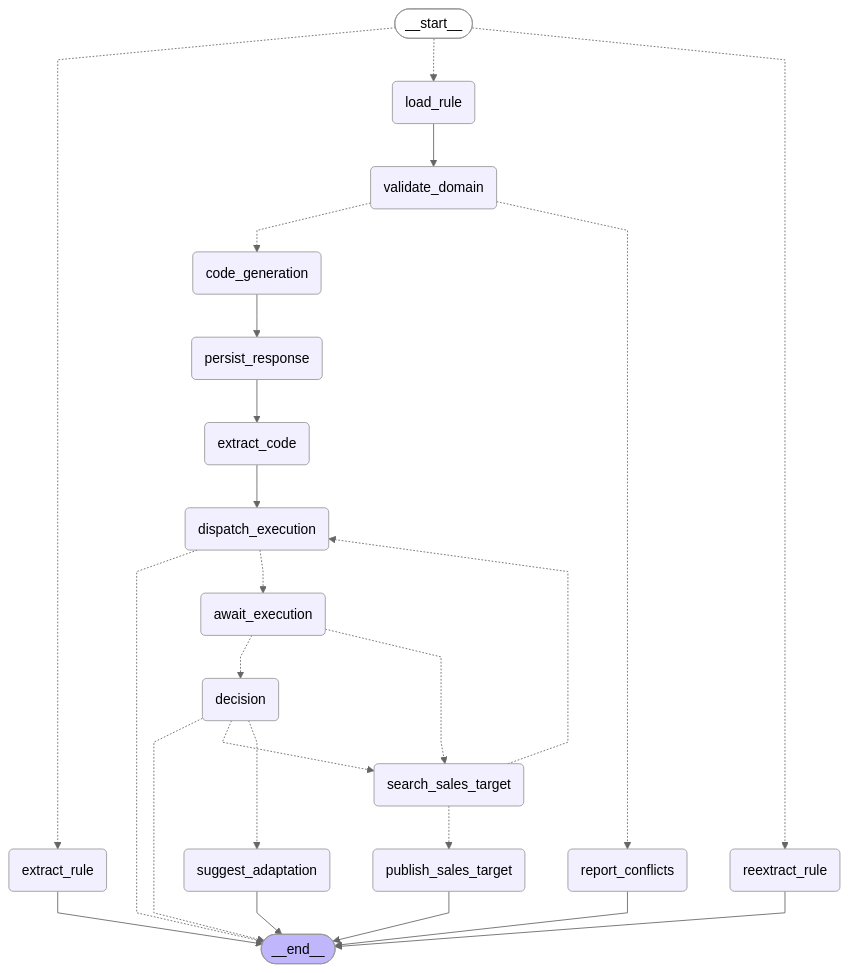
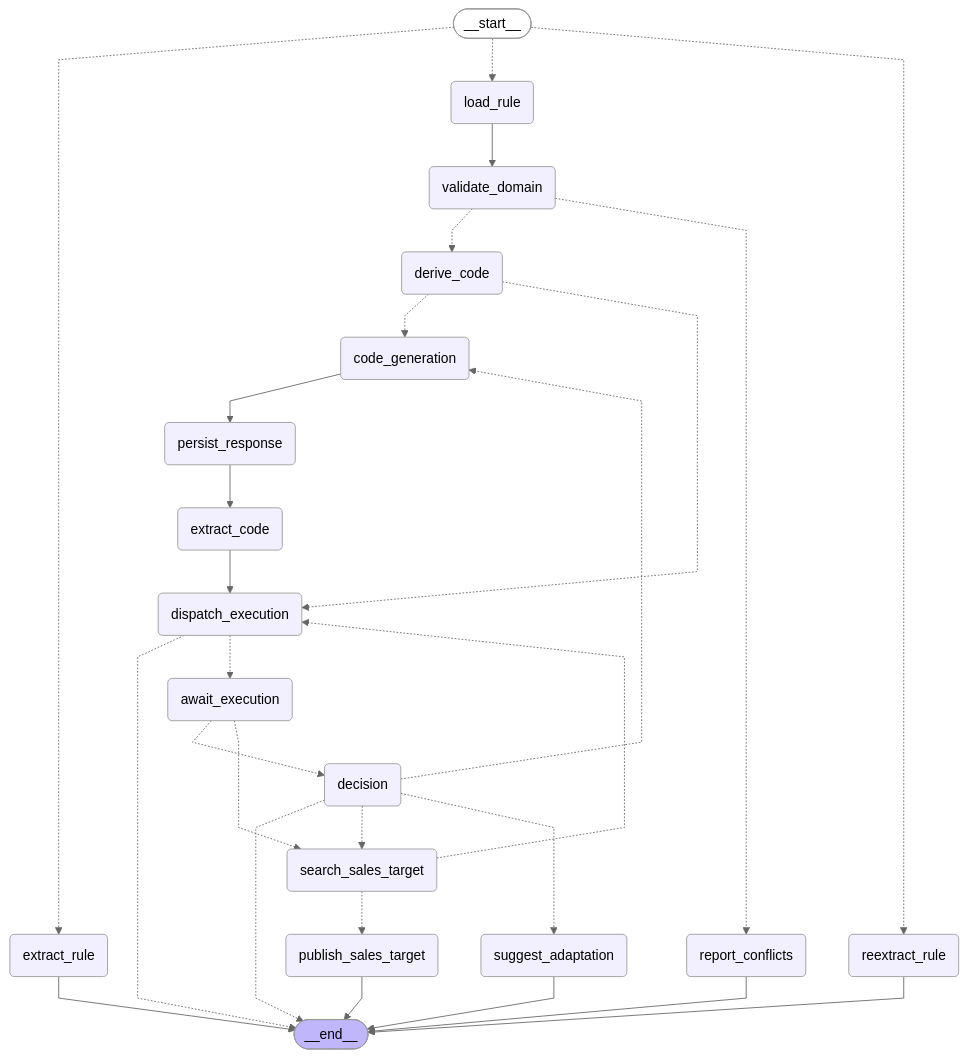
Before and after one commit to Titus-System/synapse: the diagram in codegen/docs/graph.md, drawn with Mermaid (neutral theme). The commit also changed 100 other files, not shown here.

````diff
--- a/codegen/docs/graph.md
+++ b/codegen/docs/graph.md
@@ -5,50 +5,54 @@
 ```mermaid
 ---
 config:
   flowchart:
     curve: linear
 ---
 graph TD;
 	__start__([<p>__start__</p>]):::first
 	load_rule(load_rule)
 	extract_rule(extract_rule)
 	reextract_rule(reextract_rule)
 	validate_domain(validate_domain)
 	report_conflicts(report_conflicts)
+	derive_code(derive_code)
 	code_generation(code_generation)
 	persist_response(persist_response)
 	extract_code(extract_code)
 	dispatch_execution(dispatch_execution)
 	await_execution(await_execution)
 	decision(decision)
 	suggest_adaptation(suggest_adaptation)
 	search_sales_target(search_sales_target)
 	publish_sales_target(publish_sales_target)
 	__end__([<p>__end__</p>]):::last
 	__start__ -.-> extract_rule;
 	__start__ -.-> load_rule;
 	__start__ -.-> reextract_rule;
 	await_execution -.-> decision;
 	await_execution -.-> search_sales_target;
 	code_generation --> persist_response;
 	decision -.-> __end__;
+	decision -.-> code_generation;
 	decision -.-> search_sales_target;
 	decision -.-> suggest_adaptation;
+	derive_code -.-> code_generation;
+	derive_code -.-> dispatch_execution;
 	dispatch_execution -.-> __end__;
 	dispatch_execution -.-> await_execution;
 	extract_code --> dispatch_execution;
 	load_rule --> validate_domain;
 	persist_response --> extract_code;
 	search_sales_target -.-> dispatch_execution;
 	search_sales_target -.-> publish_sales_target;
-	validate_domain -.-> code_generation;
+	validate_domain -.-> derive_code;
 	validate_domain -.-> report_conflicts;
 	extract_rule --> __end__;
 	publish_sales_target --> __end__;
 	reextract_rule --> __end__;
 	report_conflicts --> __end__;
 	suggest_adaptation --> __end__;
 	classDef default fill:#f2f0ff,line-height:1.2
 	classDef first fill-opacity:0
 	classDef last fill:#bfb6fc
 ```
````
